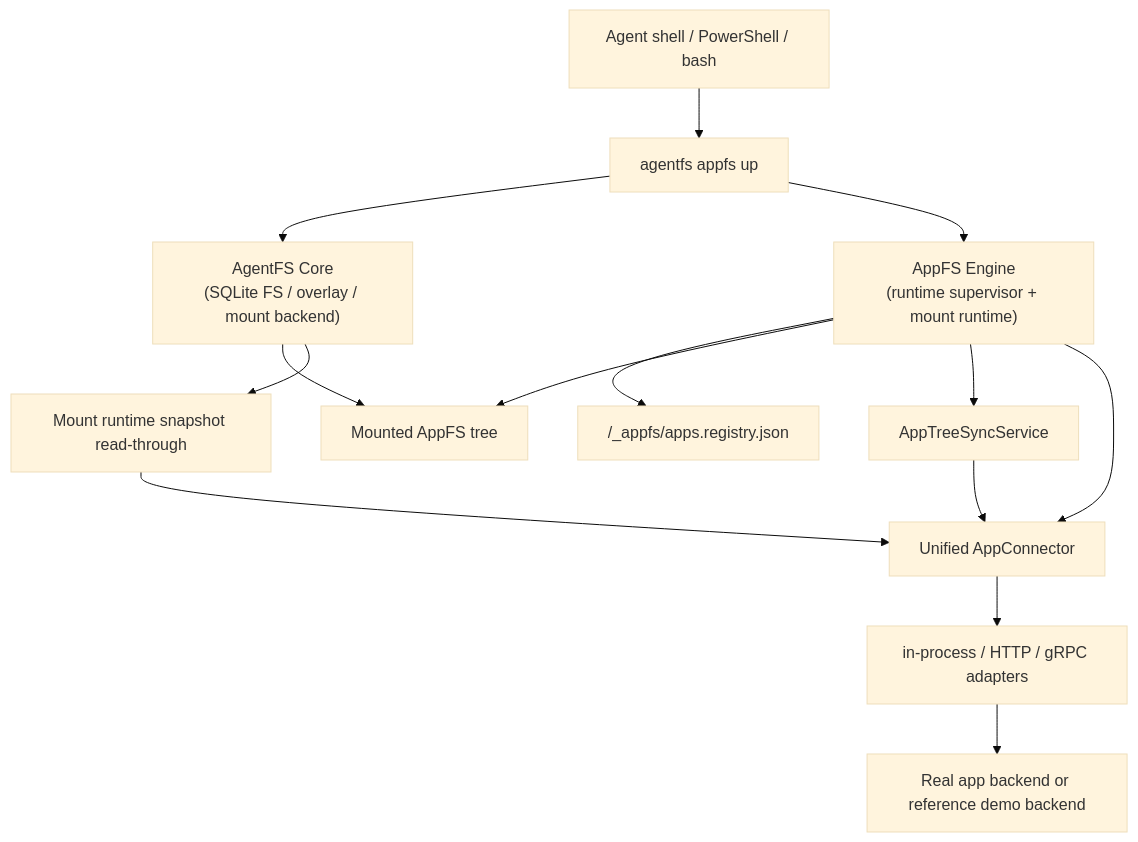
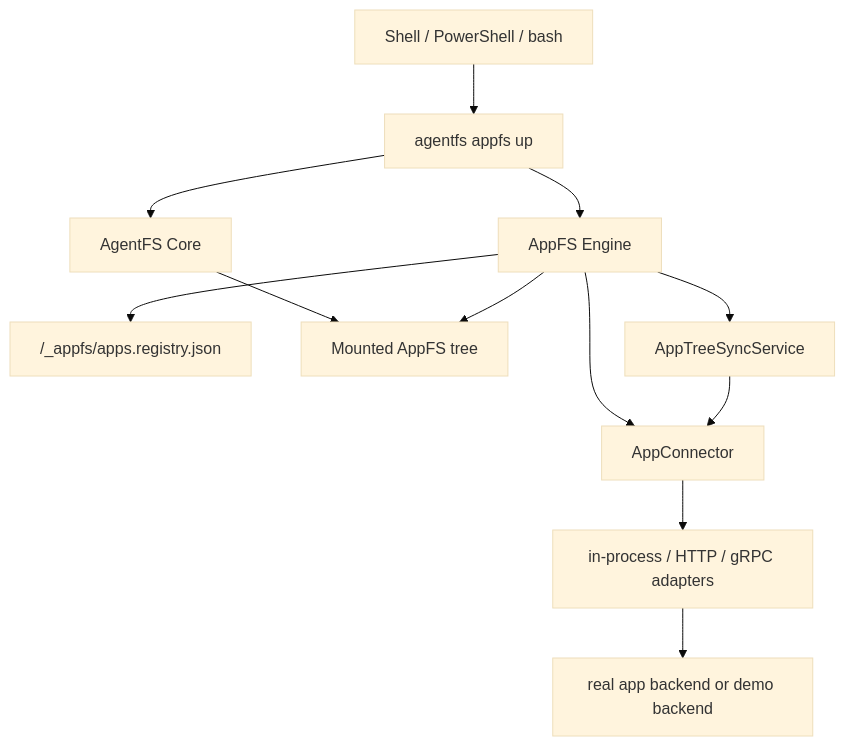
Before and after one commit to esp3j0/appfs-platform: the diagram in README.md, drawn with Mermaid (base theme). The commit also changed other lines of this file and 1 other file, not shown here.

````diff
--- a/README.md
+++ b/README.md
@@ -217,16 +210,14 @@
 ```mermaid
 flowchart TD
-    A["Agent shell / PowerShell / bash"] --> B["agentfs appfs up"]
-    B --> C["AgentFS Core\n(SQLite FS / overlay / mount backend)"]
-    B --> D["AppFS Engine\n(runtime supervisor + mount runtime)"]
+    A["Shell / PowerShell / bash"] --> B["agentfs appfs up"]
+    B --> C["AgentFS Core"]
+    B --> D["AppFS Engine"]
     D --> E["/_appfs/apps.registry.json"]
     C --> F["Mounted AppFS tree"]
     D --> F
     D --> G["AppTreeSyncService"]
-    D --> H["Unified AppConnector"]
-    C --> I["Mount runtime snapshot read-through"]
-    I --> H
+    D --> H["AppConnector"]
     G --> H
-    H --> J["in-process / HTTP / gRPC adapters"]
-    J --> K["Real app backend or reference demo backend"]
+    H --> I["in-process / HTTP / gRPC adapters"]
+    I --> J["real app backend or demo backend"]
 ```
````
